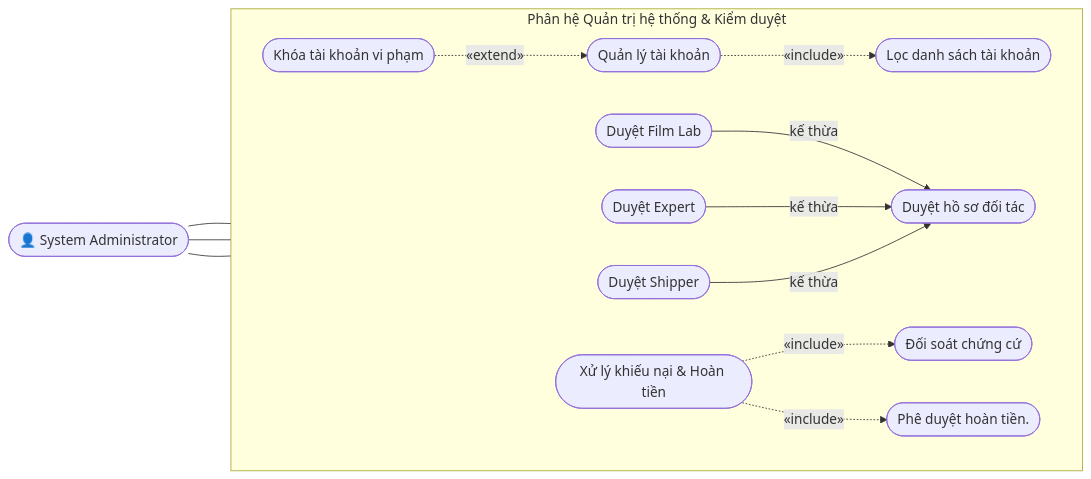
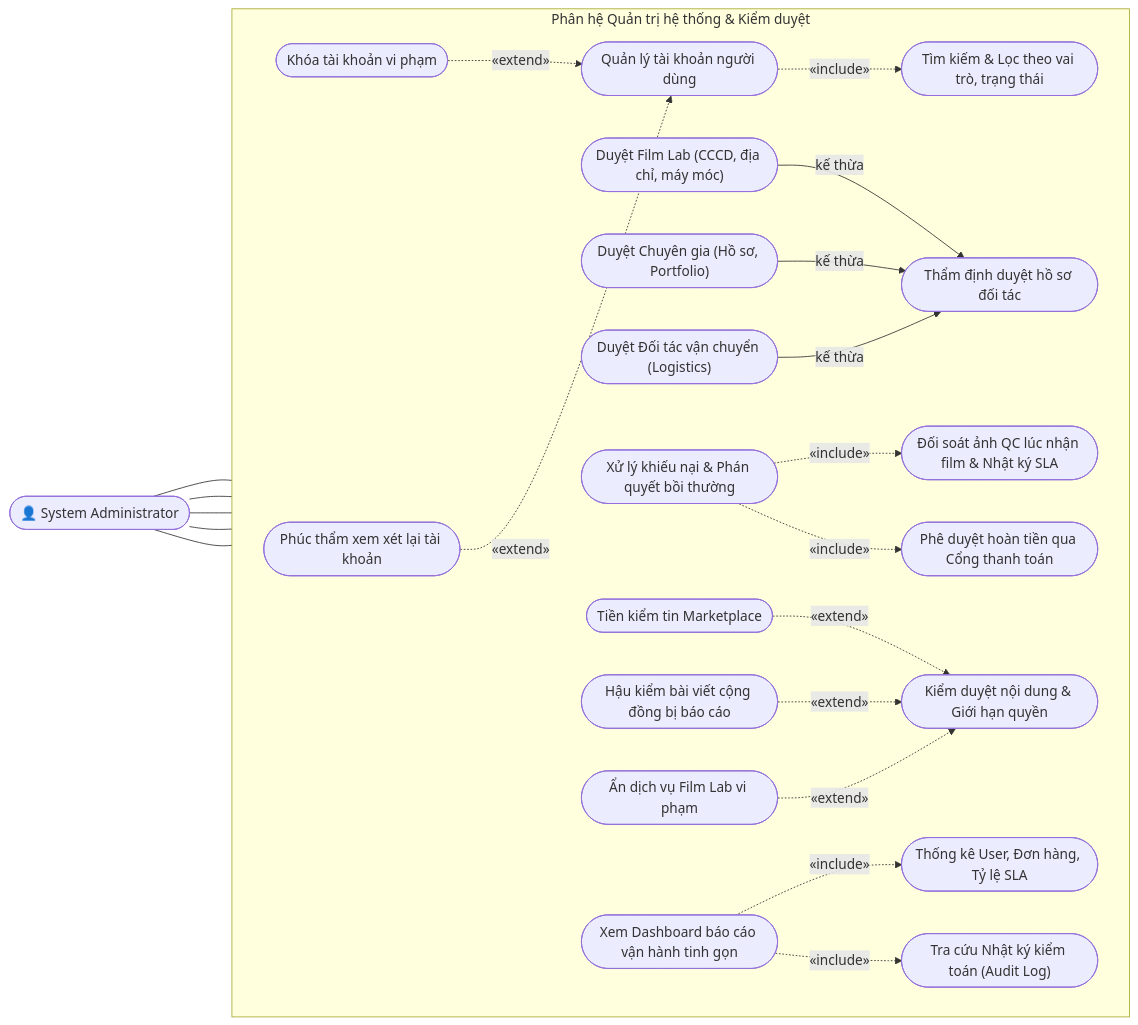
One commit to huylamnhat/Photographer-enthusiastic-environment changed the fourth of 6 diagrams in doc/week 2/so-do-chuc-nang-nghiep-vu.md. Above: the diagram before and after it, drawn with Mermaid. The commit also changed other lines of this file and 2 other files, not shown here.

````diff
--- a/doc/week 2/so-do-chuc-nang-nghiep-vu.md
+++ b/doc/week 2/so-do-chuc-nang-nghiep-vu.md
@@ -174,33 +235,56 @@
 ```mermaid
 flowchart LR
 
     ADM(["👤 System Administrator"])
 
     subgraph SYS["Phân hệ Quản trị hệ thống & Kiểm duyệt"]
         direction LR
-        Q1(["Quản lý tài khoản"])
-        Q1a(["Lọc danh sách tài khoản"])
+        %% Quản lý tài khoản
+        Q1(["Quản lý tài khoản người dùng"])
+        Q1a(["Tìm kiếm & Lọc theo vai trò, trạng thái"])
         Q1b(["Khóa tài khoản vi phạm"])
+        Q1c(["Phúc thẩm xem xét lại tài khoản"])
 
-        Q2(["Duyệt hồ sơ đối tác"])
-        Q2a(["Duyệt Film Lab"])
-        Q2b(["Duyệt Expert"])
-        Q2c(["Duyệt Shipper"])
+        %% Duyệt đối tác
+        Q2(["Thẩm định duyệt hồ sơ đối tác"])
+        Q2a(["Duyệt Film Lab (CCCD, địa chỉ, máy móc)"])
+        Q2b(["Duyệt Chuyên gia (Hồ sơ, Portfolio)"])
+        Q2c(["Duyệt Đối tác vận chuyển (Logistics)"])
 
-        Q3(["Xử lý khiếu nại & Hoàn tiền"])
-        Q3a(["Đối soát chứng cứ"])
-        Q3b(["Phê duyệt hoàn tiền."])
+        %% Khiếu nại
+        Q3(["Xử lý khiếu nại & Phán quyết bồi thường"])
+        Q3a(["Đối soát ảnh QC lúc nhận film & Nhật ký SLA"])
+        Q3b(["Phê duyệt hoàn tiền qua Cổng thanh toán"])
+
+        %% Quản lý danh mục & Kiểm duyệt
+        Q4(["Kiểm duyệt nội dung & Giới hạn quyền"])
+        Q4a(["Tiền kiểm tin Marketplace"])
+        Q4b(["Hậu kiểm bài viết cộng đồng bị báo cáo"])
+        Q4c(["Ẩn dịch vụ Film Lab vi phạm"])
+
+        %% Dashboard & Audit
+        Q5(["Xem Dashboard báo cáo vận hành tinh gọn"])
+        Q5a(["Thống kê User, Đơn hàng, Tỷ lệ SLA"])
+        Q5b(["Tra cứu Nhật ký kiểm toán (Audit Log)"])
     end
 
-    ADM --- Q1 & Q2 & Q3
+    ADM --- Q1 & Q2 & Q3 & Q4 & Q5
 
     Q1 -.->|«include»| Q1a
     Q1b -.->|«extend»| Q1
+    Q1c -.->|«extend»| Q1
 
     Q2a -->|kế thừa| Q2
     Q2b -->|kế thừa| Q2
     Q2c -->|kế thừa| Q2
 
     Q3 -.->|«include»| Q3a
     Q3 -.->|«include»| Q3b
+
+    Q4a -.->|«extend»| Q4
+    Q4b -.->|«extend»| Q4
+    Q4c -.->|«extend»| Q4
+
+    Q5 -.->|«include»| Q5a
+    Q5 -.->|«include»| Q5b
 ```
````
